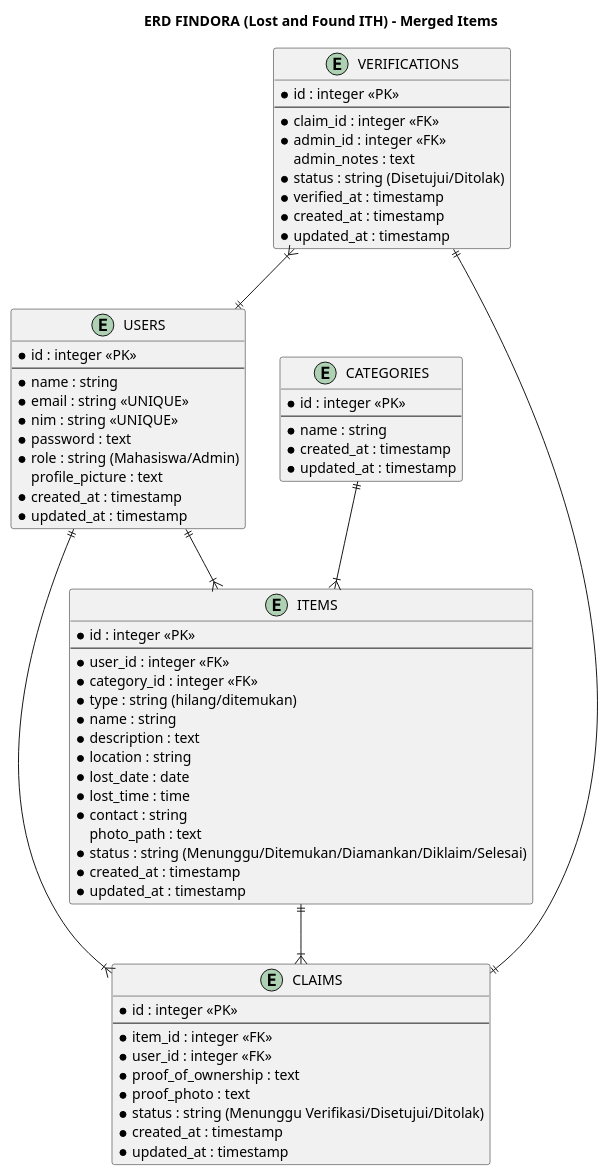
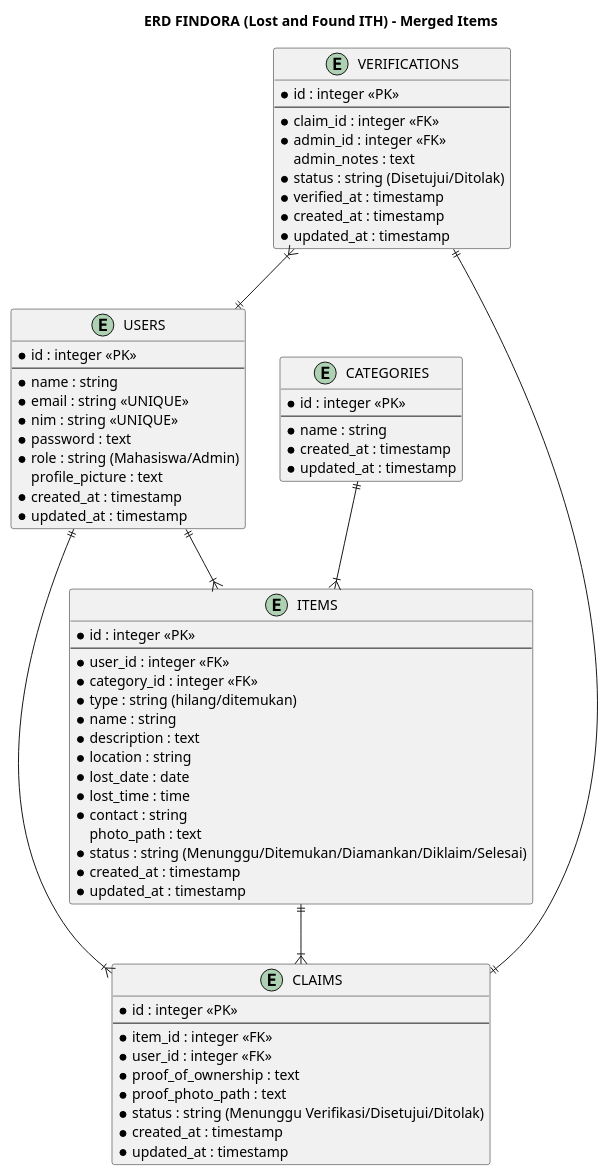
One commit to meowchiie/findora-backend changed the diagram in erd.plantuml. Above: the diagram before and after it, drawn with PlantUML. The commit also changed 10 other files, not shown here.

```diff
--- a/erd.plantuml
+++ b/erd.plantuml
@@ -1,80 +1,80 @@
 @startuml erd
 title ERD FINDORA (Lost and Found ITH) - Merged Items
 
 ' Definisi Tabel (Entitas)
 entity "USERS" as users {
   *id : integer <<PK>>
   --
   *name : string
   *email : string <<UNIQUE>>
   *nim : string <<UNIQUE>>
   *password : text
   *role : string (Mahasiswa/Admin)
   profile_picture : text
   *created_at : timestamp
   *updated_at : timestamp
 }
 
 entity "CATEGORIES" as categories {
   *id : integer <<PK>>
   --
   *name : string
   *created_at : timestamp
   *updated_at : timestamp
 }
 
 entity "ITEMS" as items {
   *id : integer <<PK>>
   --
   *user_id : integer <<FK>>
   *category_id : integer <<FK>>
   *type : string (hilang/ditemukan)
   *name : string
   *description : text
   *location : string
   *lost_date : date
   *lost_time : time
   *contact : string
   photo_path : text
   *status : string (Menunggu/Ditemukan/Diamankan/Diklaim/Selesai)
   *created_at : timestamp
   *updated_at : timestamp
 }
 
 entity "CLAIMS" as claims {
   *id : integer <<PK>>
   --
   *item_id : integer <<FK>>
   *user_id : integer <<FK>>
   *proof_of_ownership : text
-  *proof_photo : text
+  *proof_photo_path : text
   *status : string (Menunggu Verifikasi/Disetujui/Ditolak)
   *created_at : timestamp
   *updated_at : timestamp
 }
 
 entity "VERIFICATIONS" as verifications {
   *id : integer <<PK>>
   --
   *claim_id : integer <<FK>>
   *admin_id : integer <<FK>>
   admin_notes : text
   *status : string (Disetujui/Ditolak)
   *verified_at : timestamp
   *created_at : timestamp
   *updated_at : timestamp
 }
 
 
 ' Definisi Relasi
 users ||--|{ items
 users ||--|{ claims
 
 categories ||--|{ items
 
 items ||--|{ claims
 
 verifications ||--|| claims
 verifications }|--|| users
 
 @enduml
```
